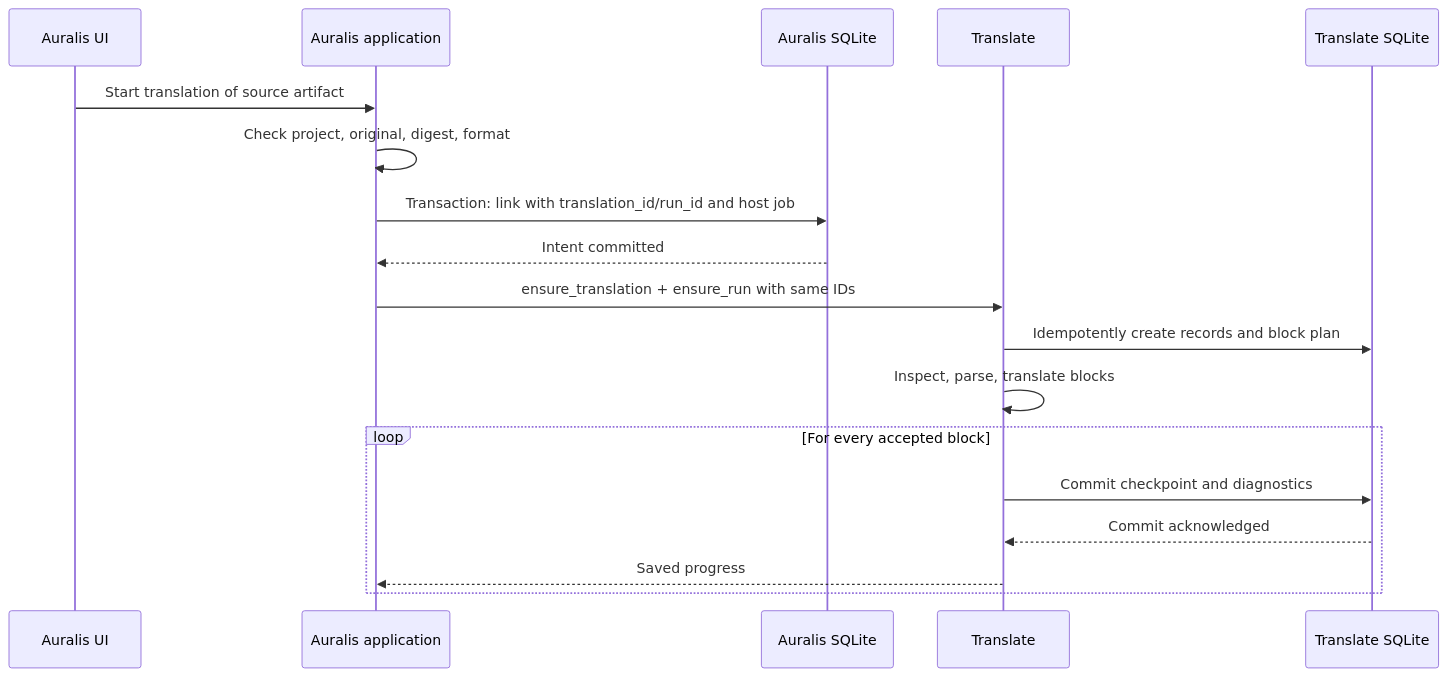
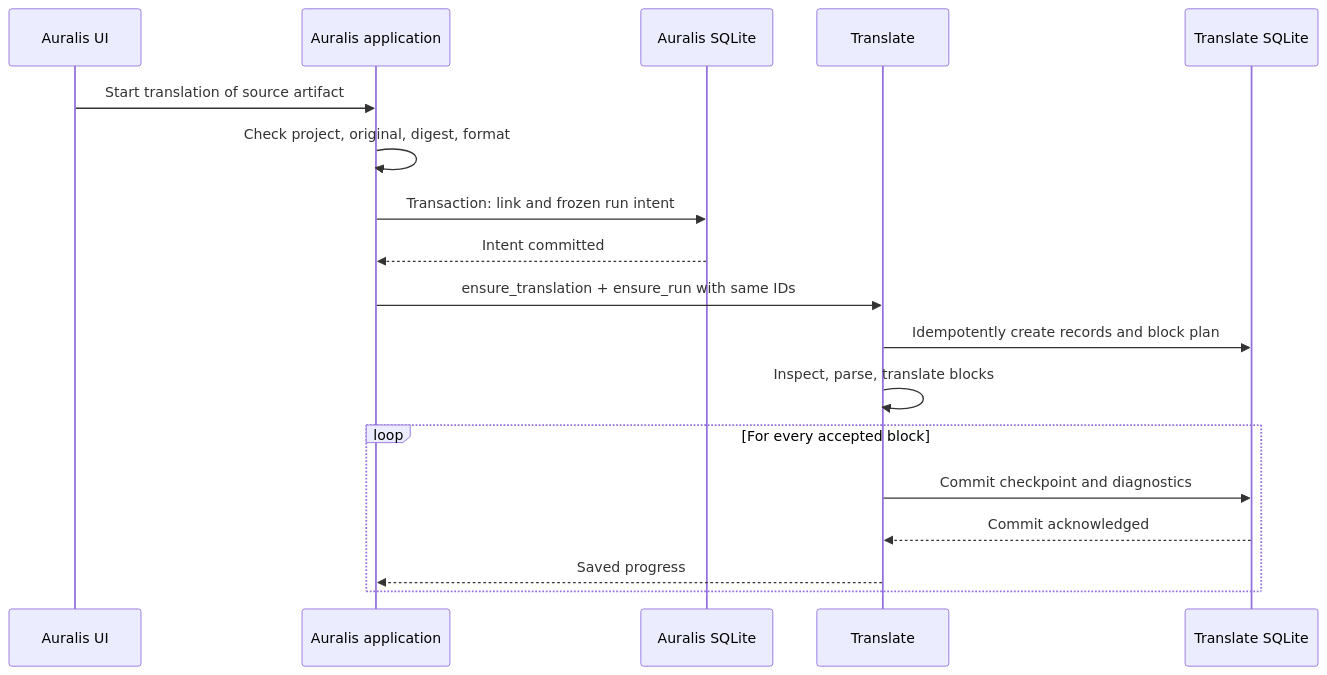
One commit to Ermolz69/auralis-translate changed the second of 3 diagrams in docs/architecture/002-storage-and-lifecycle.md. Above: the diagram before and after it, drawn with Mermaid. The commit also changed other lines of this file and 2 other files, not shown here.

Commit message:
Document frozen Auralis run intent and recovery boundary

````diff
--- a/docs/architecture/002-storage-and-lifecycle.md
+++ b/docs/architecture/002-storage-and-lifecycle.md
@@ -77,20 +77,20 @@
 ```mermaid
 sequenceDiagram
     participant UI as Auralis UI
     participant A as Auralis application
     participant AD as Auralis SQLite
     participant T as Translate
     participant TD as Translate SQLite
     UI->>A: Start translation of source artifact
     A->>A: Check project, original, digest, format
-    A->>AD: Transaction: link with translation_id/run_id and host job
+    A->>AD: Transaction: link and frozen run intent
     AD-->>A: Intent committed
     A->>T: ensure_translation + ensure_run with same IDs
     T->>TD: Idempotently create records and block plan
     T->>T: Inspect, parse, translate blocks
     loop For every accepted block
         T->>TD: Commit checkpoint and diagnostics
         TD-->>T: Commit acknowledged
         T-->>A: Saved progress
     end
 ```
````
